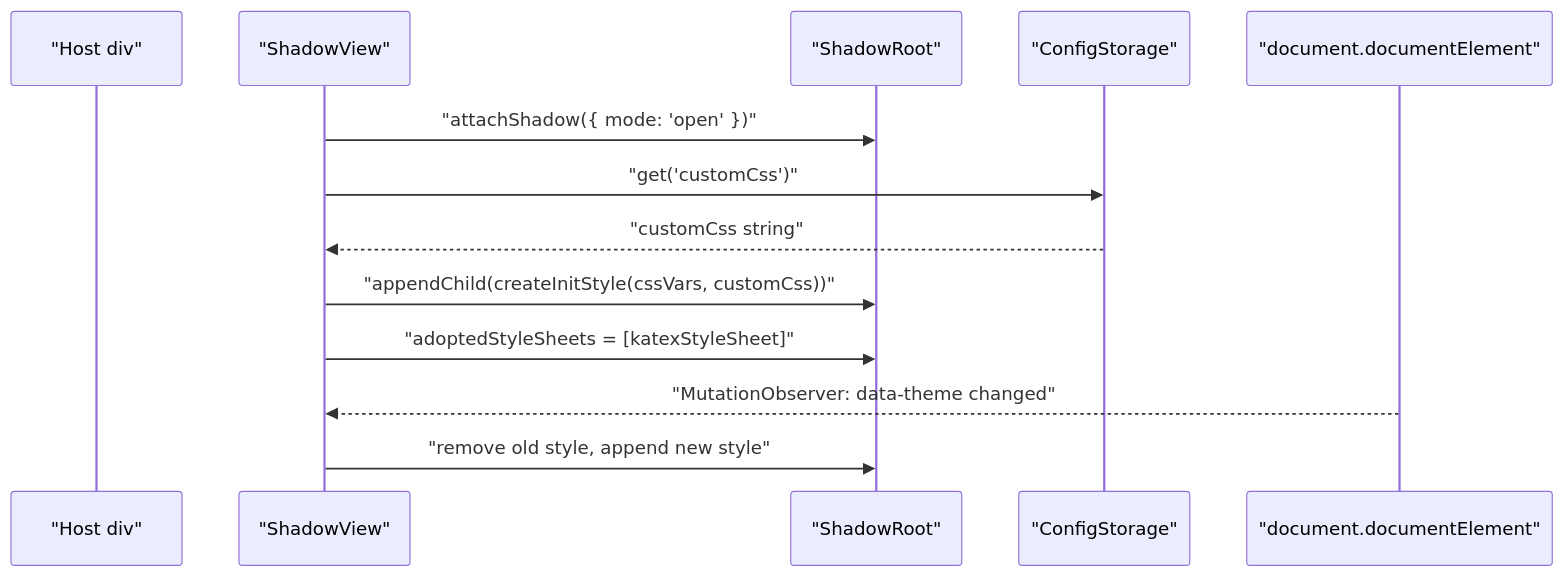
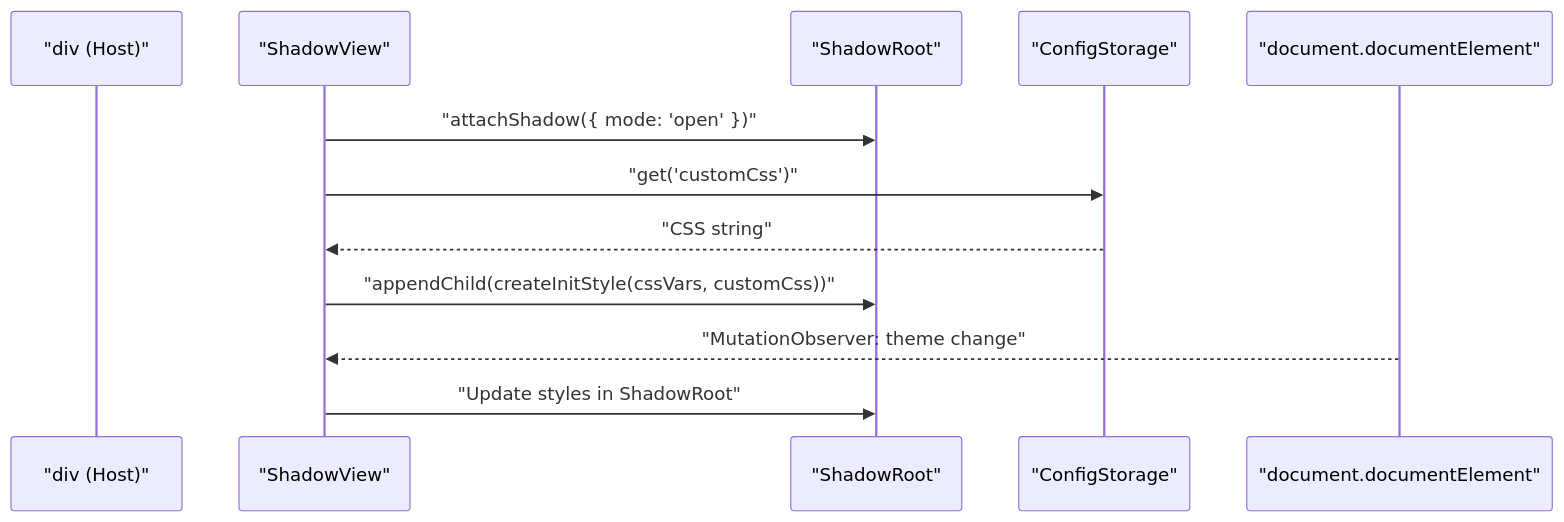
Before and after one commit to blackcater/zentree: the second of 3 diagrams in docs/iOfficeAI_AionUi/user-interface/message-rendering-system.md, drawn with Mermaid. The commit also changed other lines of this file and 232 other files, not shown here.

````diff
--- a/docs/iOfficeAI_AionUi/user-interface/message-rendering-system.md
+++ b/docs/iOfficeAI_AionUi/user-interface/message-rendering-system.md
@@ -138,16 +140,15 @@
 ```mermaid
 sequenceDiagram
-    participant Host as "Host div"
+    participant Host as "div (Host)"
     participant SV as "ShadowView"
     participant SR as "ShadowRoot"
     participant CS as "ConfigStorage"
     participant Doc as "document.documentElement"
 
     SV->>SR: "attachShadow({ mode: 'open' })"
     SV->>CS: "get('customCss')"
-    CS-->>SV: "customCss string"
+    CS-->>SV: "CSS string"
     SV->>SR: "appendChild(createInitStyle(cssVars, customCss))"
-    SV->>SR: "adoptedStyleSheets = [katexStyleSheet]"
-    Doc-->>SV: "MutationObserver: data-theme changed"
-    SV->>SR: "remove old style, append new style"
+    Doc-->>SV: "MutationObserver: theme change"
+    SV->>SR: "Update styles in ShadowRoot"
 ```
````
